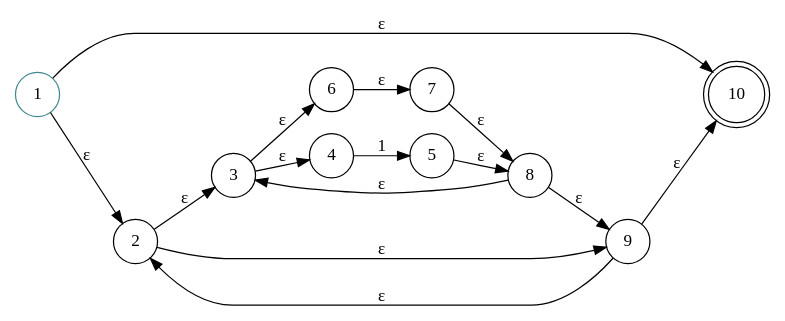
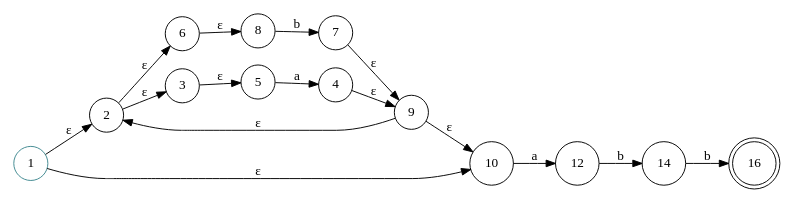
The diagram in Entrega final/NFA_Actual.gv (josepablito16/Regex-Engine), drawn with Graphviz before and after one commit. The commit also changed 6 other files, not shown here.

```diff
--- a/Entrega final/NFA_Actual.gv
+++ b/Entrega final/NFA_Actual.gv
@@ -1,21 +1,22 @@
 digraph finite_state_machine {
 	rankdir=LR size="8,5"
 	node [shape=doublecircle]
-	10
+	16
 	node [shape=circle]
 	1 [color="#3F888F"]
 	1 -> 2 [label="ε"]
 	1 -> 10 [label="ε"]
+	2 -> 6 [label="ε"]
 	2 -> 3 [label="ε"]
-	2 -> 9 [label="ε"]
-	3 -> 6 [label="ε"]
-	3 -> 4 [label="ε"]
-	4 -> 5 [label=1]
-	5 -> 8 [label="ε"]
-	6 -> 7 [label="ε"]
-	7 -> 8 [label="ε"]
-	8 -> 3 [label="ε"]
-	8 -> 9 [label="ε"]
+	3 -> 5 [label="ε"]
+	4 -> 9 [label="ε"]
+	5 -> 4 [label=a]
+	6 -> 8 [label="ε"]
+	7 -> 9 [label="ε"]
+	8 -> 7 [label=b]
 	9 -> 2 [label="ε"]
 	9 -> 10 [label="ε"]
+	10 -> 12 [label=a]
+	12 -> 14 [label=b]
+	14 -> 16 [label=b]
 }
```
